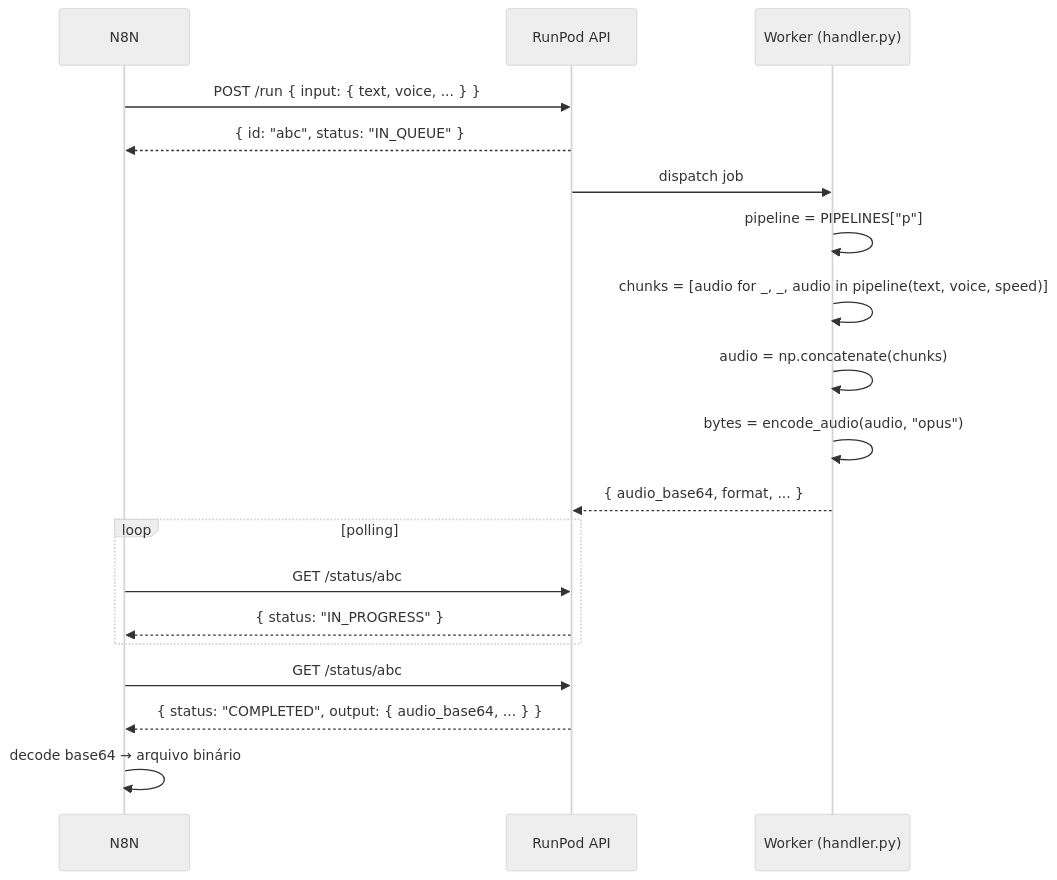
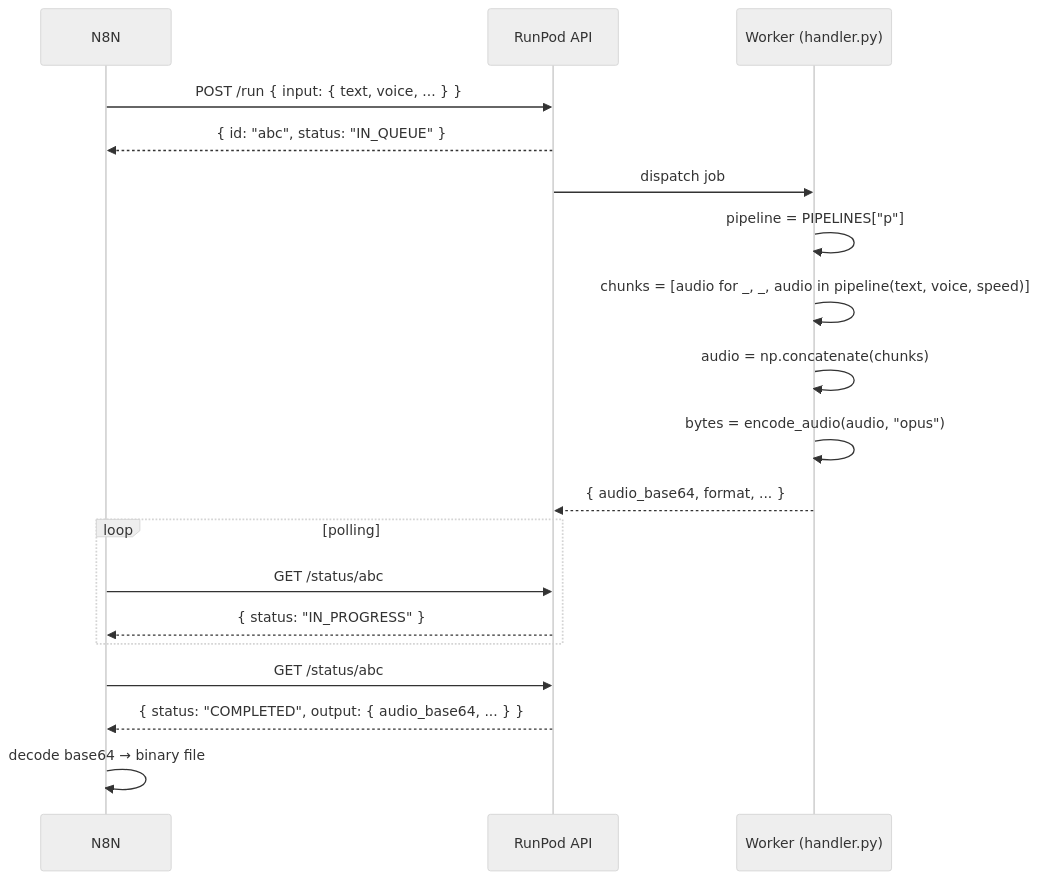
The second of 2 diagrams in docs/architecture.md (Maarcosv99/kokoro-runpod), drawn with Mermaid (neutral theme) before and after one commit. The commit also changed other lines of this file and 3 other files, not shown here.

````diff
--- a/docs/architecture.md
+++ b/docs/architecture.md
@@ -51,24 +51,24 @@
 ```mermaid
 sequenceDiagram
     participant N as N8N
     participant R as RunPod API
     participant W as Worker (handler.py)
 
     N->>R: POST /run { input: { text, voice, ... } }
     R-->>N: { id: "abc", status: "IN_QUEUE" }
     R->>W: dispatch job
     W->>W: pipeline = PIPELINES["p"]
     W->>W: chunks = [audio for _, _, audio in pipeline(text, voice, speed)]
     W->>W: audio = np.concatenate(chunks)
     W->>W: bytes = encode_audio(audio, "opus")
     W-->>R: { audio_base64, format, ... }
 
     loop polling
         N->>R: GET /status/abc
         R-->>N: { status: "IN_PROGRESS" }
     end
 
     N->>R: GET /status/abc
     R-->>N: { status: "COMPLETED", output: { audio_base64, ... } }
-    N->>N: decode base64 → arquivo binário
+    N->>N: decode base64 → binary file
 ```
````
